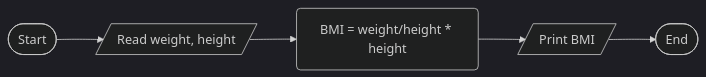
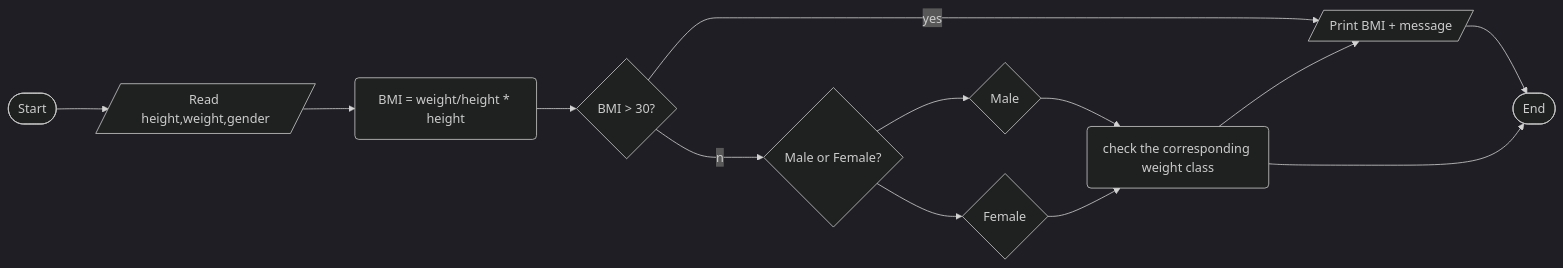
Before and after one commit to SWEG-2015EC-Batch/Byte-Bandits: the diagram in ETS1157_15_Robel_Desalegn/Activity_3.1/BMI_Calculator/BMI_v2.md, drawn with Mermaid (dark theme). The commit also changed other lines of this file and 9 other files, not shown here.

````diff
--- a/ETS1157_15_Robel_Desalegn/Activity_3.1/BMI_Calculator/BMI_v2.md
+++ b/ETS1157_15_Robel_Desalegn/Activity_3.1/BMI_Calculator/BMI_v2.md
@@ -23,12 +35,26 @@
 ```mermaid
 graph LR;
 id1([Start]);
-id2[/Read weight, height/];
+id2[/Read height,weight,gender/];
 id3(BMI = weight/height * height);
-id4[/Print BMI/];
-id5([End]);
+id4{BMI > 30?};
+id5[/Print BMI + message/];
+id6{Male or Female?};
+id7{Male};
+id8{Female};
+id9(check the corresponding weight class);
+id10([End]);
 id1-->id2;
 id2-->id3;
 id3-->id4;
-id4-->id5;
+id4--yes-->id5;
+id4--no-->id6;
+id6-->id7;
+id6-->id8;
+id7-->id9;
+id8-->id9;
+id9-->id5;
+id5-->id10;
+id9-->id10;
+
 ```
````
